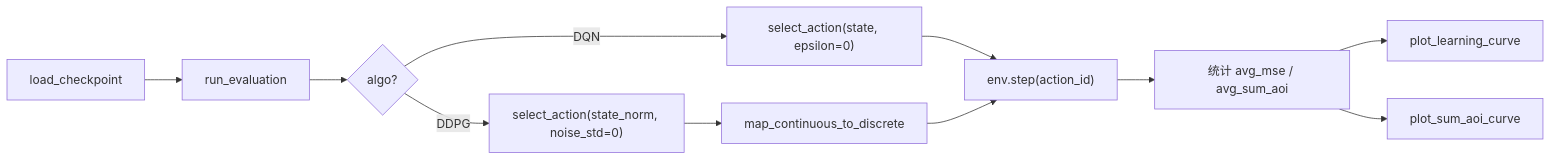
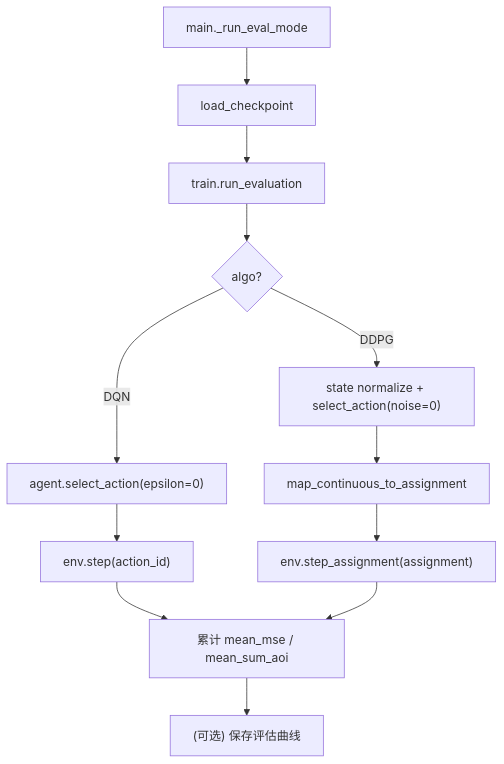
Before and after one commit to chtchtdsaad/sematic: the fourth of 4 diagrams in results/code_dataflow_map.md, drawn with Mermaid. The commit also changed other lines of this file and 43 other files, not shown here.

````diff
--- a/results/code_dataflow_map.md
+++ b/results/code_dataflow_map.md
@@ -197,13 +119,14 @@
 ```mermaid
-flowchart LR
-    A["load_checkpoint"] --> B["run_evaluation"]
-    B --> C{"algo?"}
-    C -->|DQN| D["select_action(state, epsilon=0)"]
-    C -->|DDPG| E["select_action(state_norm, noise_std=0)"]
-    E --> F["map_continuous_to_discrete"]
-    D --> G["env.step(action_id)"]
-    F --> G
-    G --> H["统计 avg_mse / avg_sum_aoi"]
-    H --> I["plot_learning_curve"]
-    H --> J["plot_sum_aoi_curve"]
+flowchart TD
+    A["main._run_eval_mode"] --> B["load_checkpoint"]
+    B --> C["train.run_evaluation"]
+    C --> D{"algo?"}
+    D -->|DQN| E["agent.select_action(epsilon=0)"]
+    D -->|DDPG| F["state normalize + select_action(noise=0)"]
+    F --> G["map_continuous_to_assignment"]
+    E --> H["env.step(action_id)"]
+    G --> I["env.step_assignment(assignment)"]
+    H --> J["累计 mean_mse / mean_sum_aoi"]
+    I --> J
+    J --> K["(可选) 保存评估曲线"]
 ```
````
